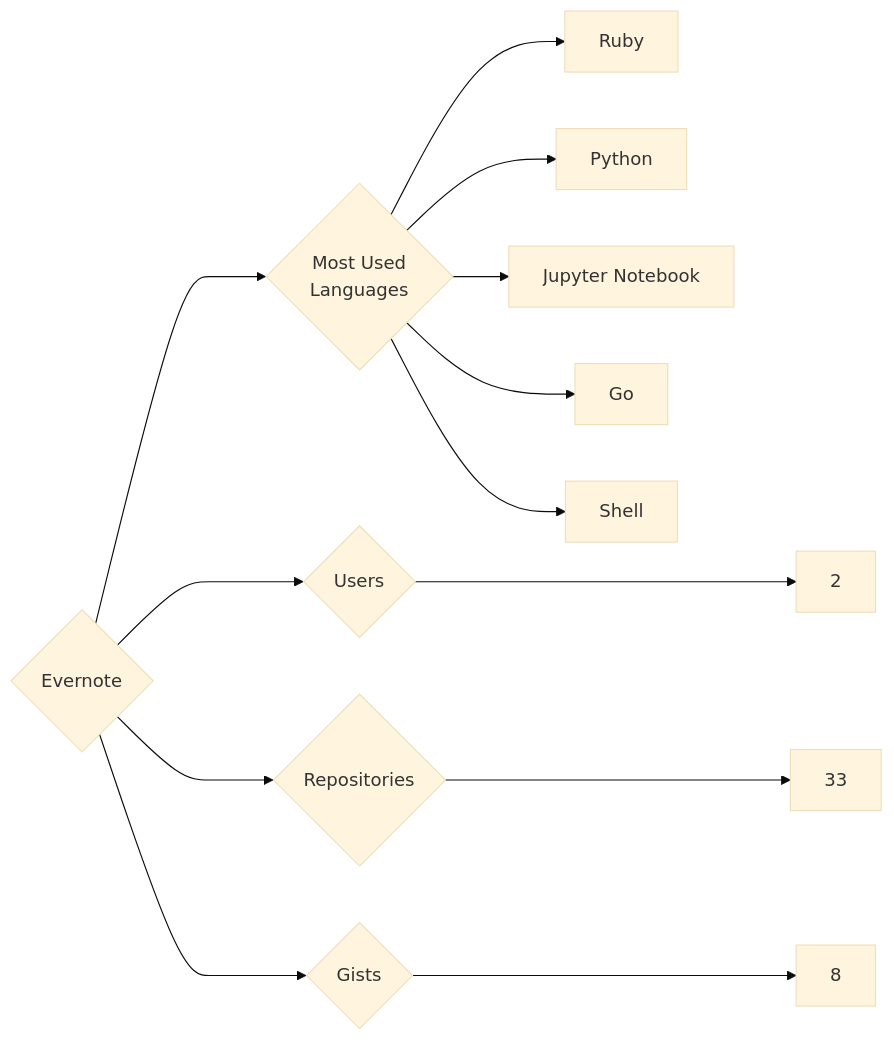
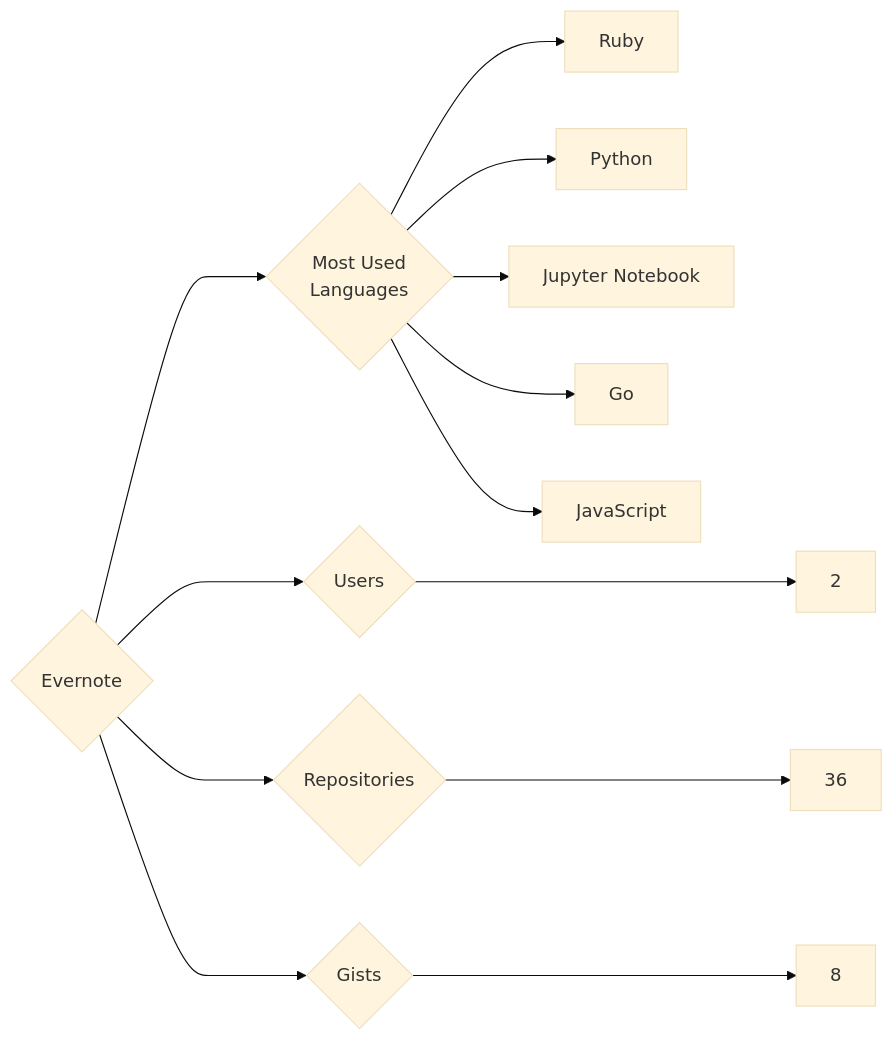
One commit to trickest/insiders changed the diagram in targets/Evernote/README.md. Above: the diagram before and after it, drawn with Mermaid (base theme). The commit also changed 1036 other files, not shown here.

````diff
--- a/targets/Evernote/README.md
+++ b/targets/Evernote/README.md
@@ -3,13 +3,13 @@
 ```mermaid
 graph LR
 COMPANY_NAME{Evernote}
 COMPANY_NAME ---> U{Users} ---> UN[2]
-COMPANY_NAME ---> R{Repositories} ---> RN[33]
+COMPANY_NAME ---> R{Repositories} ---> RN[36]
 COMPANY_NAME ---> G{Gists} ---> GN[8]
 COMPANY_NAME ---> ML{Most Used<br>Languages}
 ML --> Ruby[Ruby]
 ML --> Python[Python]
 ML --> Jupyter_Notebook[Jupyter Notebook]
 ML --> Go[Go]
-ML --> Shell[Shell]
+ML --> JavaScript[JavaScript]
 ```
````
